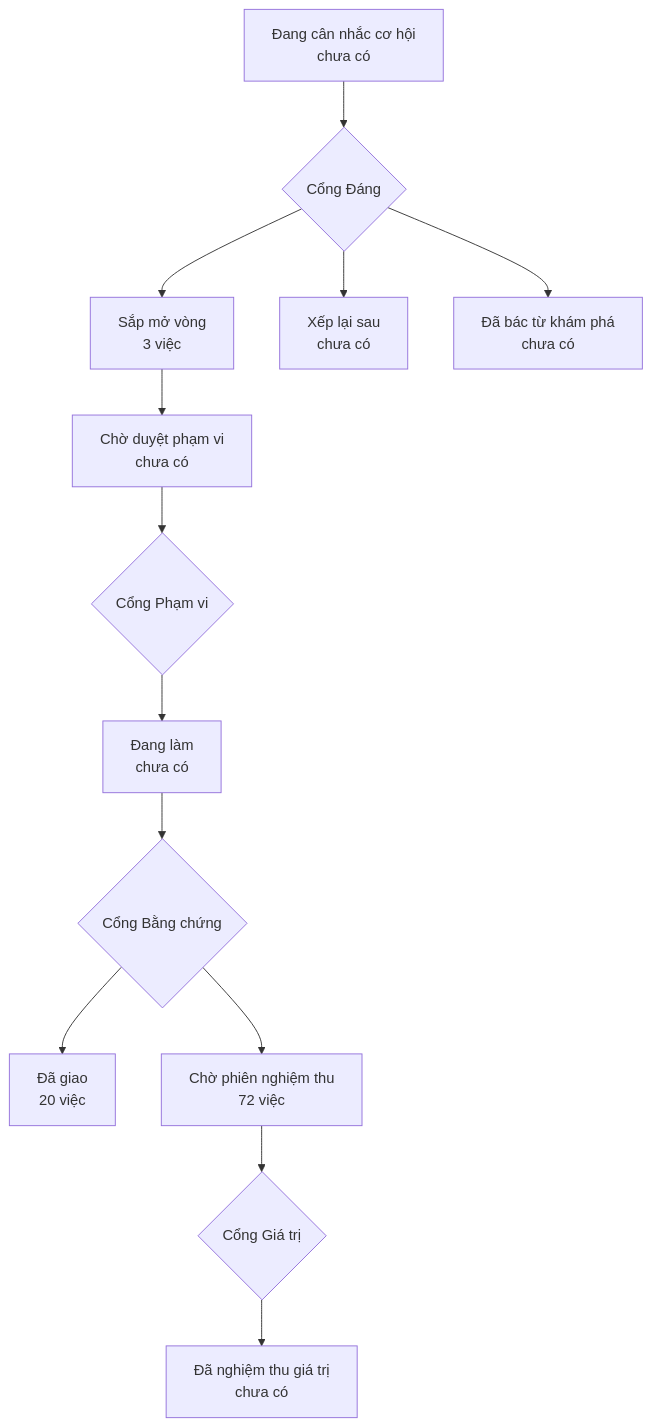
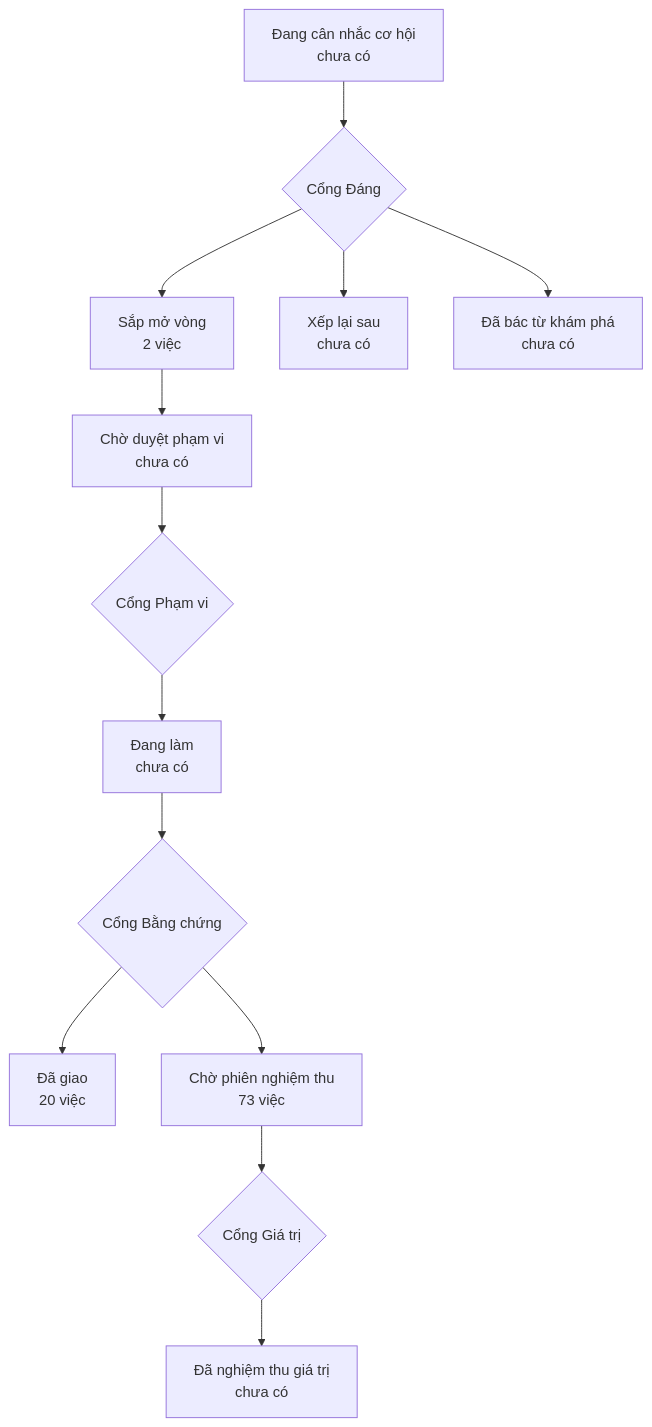
The diagram in PRODUCT-MAP.md (phanlemanh/onehub-quy-hang), drawn with Mermaid before and after one commit. The commit also changed other lines of this file and 1 other file, not shown here.

Commit message:
chore: vẽ lại bản đồ sau khi gộp main

````diff
--- a/PRODUCT-MAP.md
+++ b/PRODUCT-MAP.md
@@ -7,12 +7,12 @@
 ```mermaid
 flowchart TD
   A["Đang cân nhắc cơ hội<br/>chưa có"] --> GD{"Cổng Đáng"}
-  GD --> B["Sắp mở vòng<br/>3 việc"]
+  GD --> B["Sắp mở vòng<br/>2 việc"]
   GD --> XL["Xếp lại sau<br/>chưa có"]
   GD --> DB["Đã bác từ khám phá<br/>chưa có"]
   B --> CD["Chờ duyệt phạm vi<br/>chưa có"] --> GP{"Cổng Phạm vi"}
   GP --> DL["Đang làm<br/>chưa có"] --> GB{"Cổng Bằng chứng"}
   GB --> DG["Đã giao<br/>20 việc"]
-  GB --> CN["Chờ phiên nghiệm thu<br/>72 việc"] --> GG{"Cổng Giá trị"}
+  GB --> CN["Chờ phiên nghiệm thu<br/>73 việc"] --> GG{"Cổng Giá trị"}
   GG --> NT["Đã nghiệm thu giá trị<br/>chưa có"]
 ```
````
